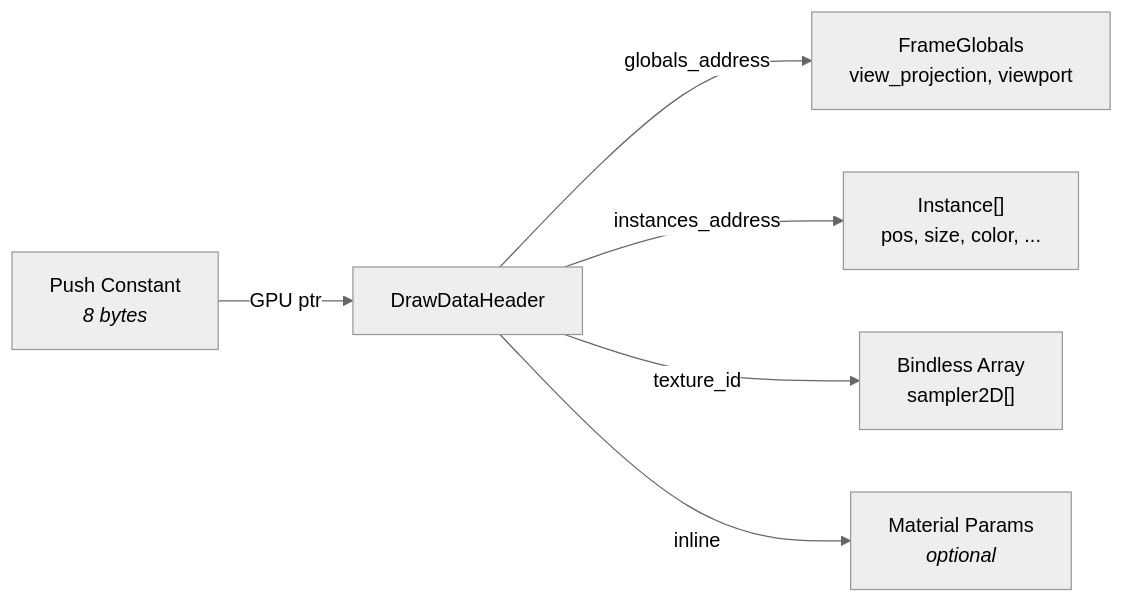
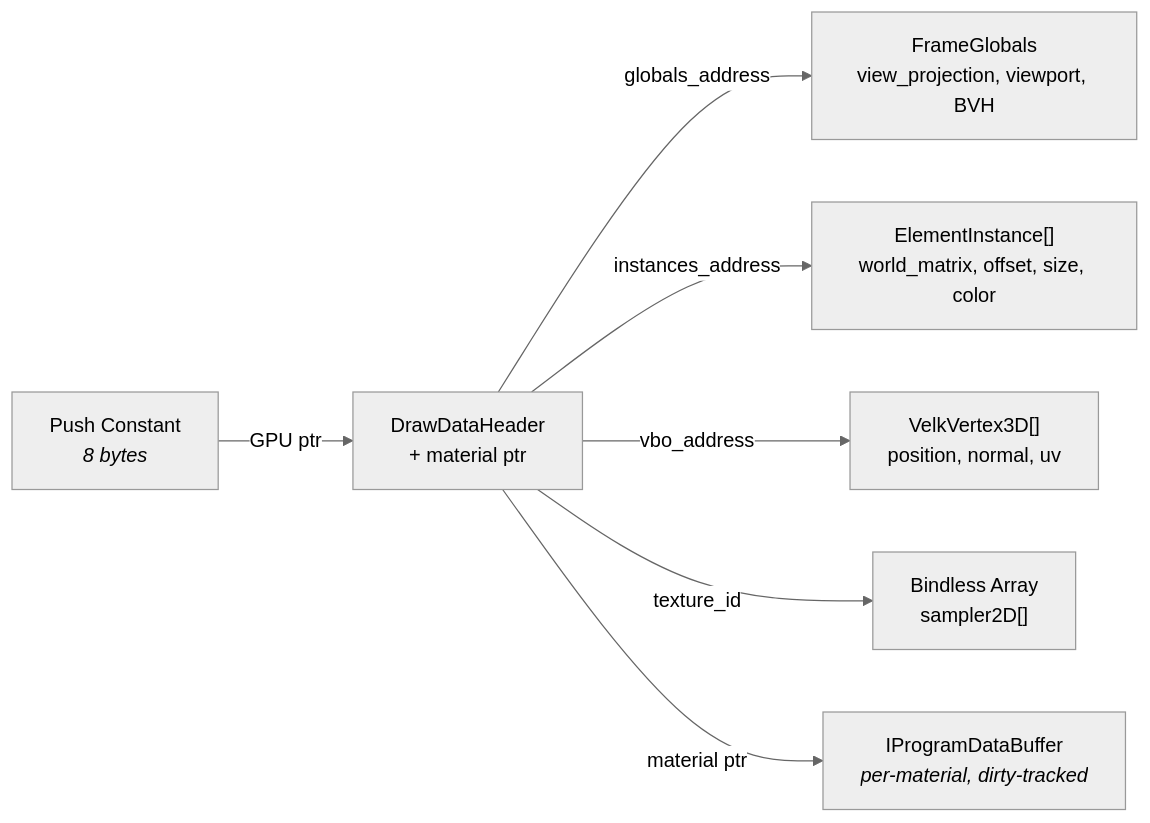
One commit to ljaaskela/velk-ui changed the third of 5 diagrams in docs/render/render-backend.md. Above: the diagram before and after it, drawn with Mermaid (neutral theme). The commit also changed other lines of this file and 101 other files, not shown here.

````diff
--- a/docs/render/render-backend.md
+++ b/docs/render/render-backend.md
@@ -195,8 +214,9 @@
 ```mermaid
 graph LR
-    PC["Push Constant<br/><i>8 bytes</i>"] -->|GPU ptr| DDH["DrawDataHeader"]
-    DDH -->|globals_address| G["FrameGlobals<br/>view_projection, viewport"]
-    DDH -->|instances_address| I["Instance[]<br/>pos, size, color, ..."]
+    PC["Push Constant<br/><i>8 bytes</i>"] -->|GPU ptr| DDH["DrawDataHeader<br/>+ material ptr"]
+    DDH -->|globals_address| G["FrameGlobals<br/>view_projection, viewport, BVH"]
+    DDH -->|instances_address| I["ElementInstance[]<br/>world_matrix, offset, size, color"]
+    DDH -->|vbo_address| V["VelkVertex3D[]<br/>position, normal, uv"]
     DDH -->|texture_id| T["Bindless Array<br/>sampler2D[]"]
-    DDH -->|inline| M["Material Params<br/><i>optional</i>"]
+    DDH -->|material ptr| M["IProgramDataBuffer<br/><i>per-material, dirty-tracked</i>"]
 ```
````
